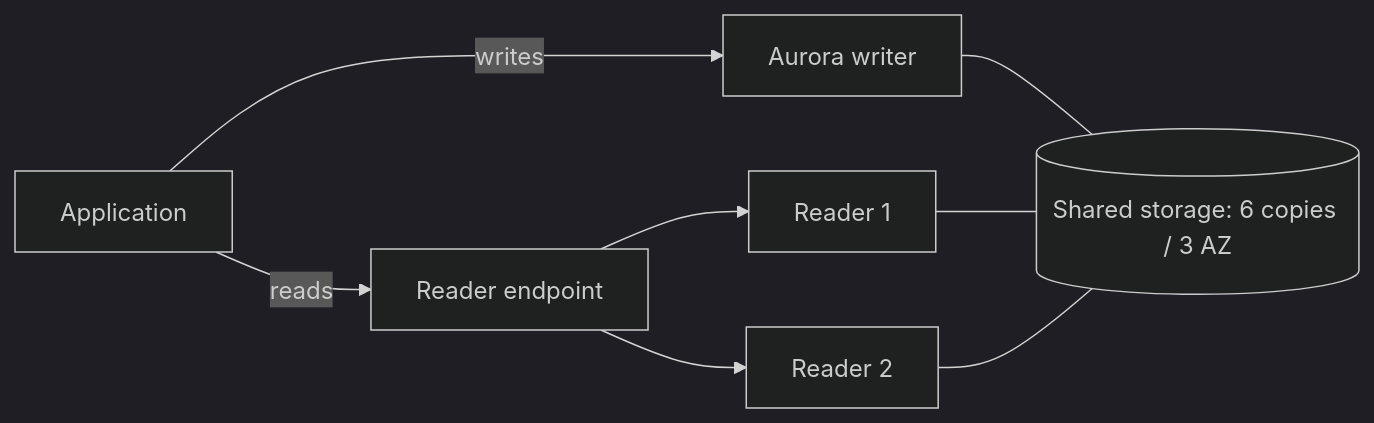
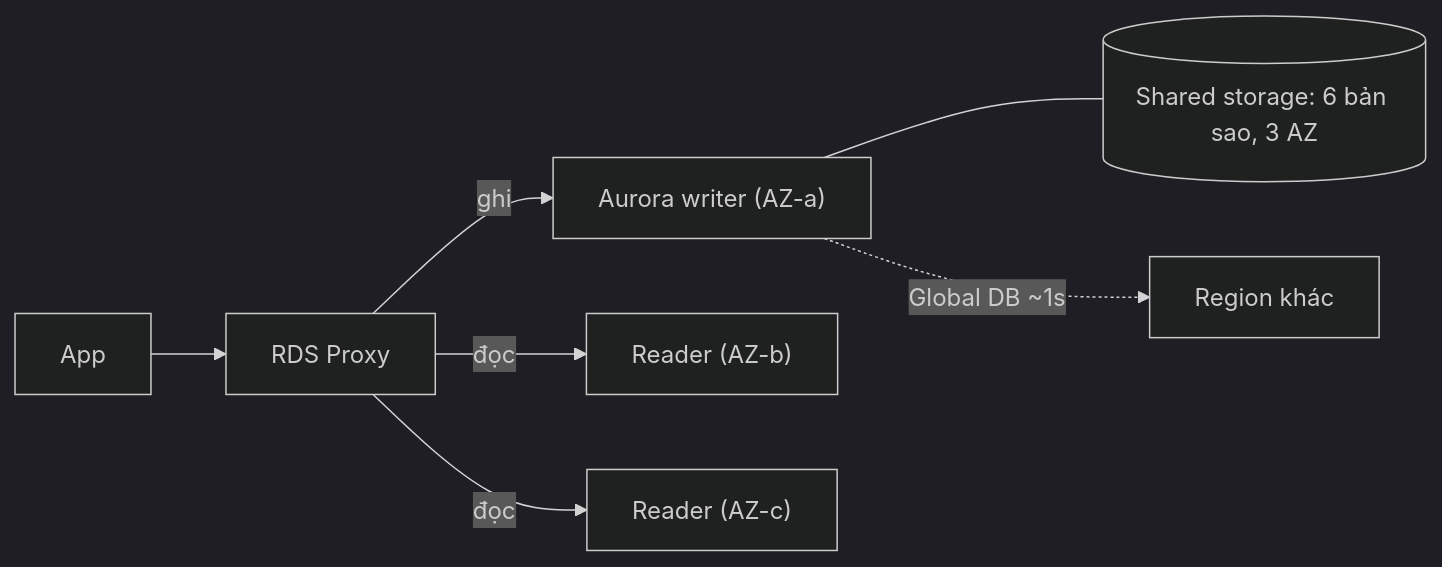
One commit to passion-Infinity/personal-tech-playbook changed the diagram in src/assets/knowledge/playbooks/aws/rds-aurora.md. Above: the diagram before and after it, drawn with Mermaid (dark theme). The commit also changed other lines of this file and 6 other files, not shown here.

First line of the commit message:
Deep-dive rewrite: EC2 networking/placement, VPC, ELB/ASG, RDS/Aurora, Route 53/CloudFront

````diff
--- a/src/assets/knowledge/playbooks/aws/rds-aurora.md
+++ b/src/assets/knowledge/playbooks/aws/rds-aurora.md
@@ -18,10 +32,9 @@
 ```mermaid
 flowchart LR
-    APP[Application] -->|writes| W[Aurora writer]
-    APP -->|reads| R[Reader endpoint]
-    W --- ST[("Shared storage: 6 copies / 3 AZ")]
-    R1[Reader 1] --- ST
-    R2[Reader 2] --- ST
-    R --> R1
-    R --> R2
+    APP[App] --> PX[RDS Proxy]
+    PX -->|ghi| W["Aurora writer (AZ-a)"]
+    PX -->|đọc| R1["Reader (AZ-b)"]
+    PX -->|đọc| R2["Reader (AZ-c)"]
+    W --- ST[("Shared storage: 6 bản sao, 3 AZ")]
+    W -.->|"Global DB ~1s"| G["Region khác"]
 ```
````
